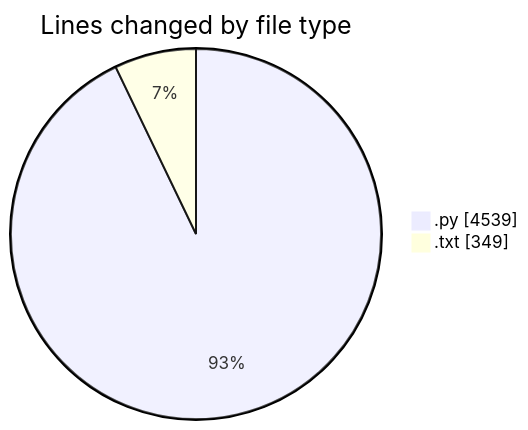
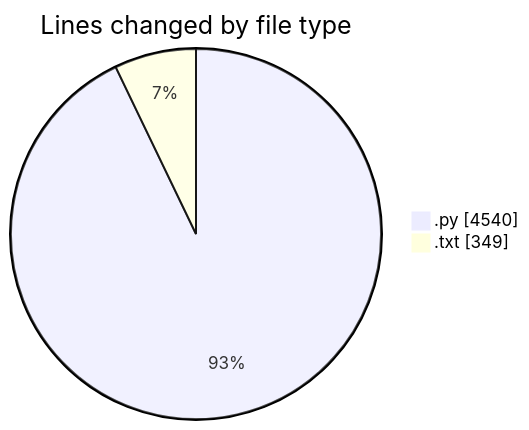
The first of 2 diagrams in 2025-05-26/zip_file/README.md (Ritupan-Deka/code-tracking), drawn with Mermaid before and after one commit. The commit also changed other lines of this file and 1 other file, not shown here.

````diff
--- a/2025-05-26/zip_file/README.md
+++ b/2025-05-26/zip_file/README.md
@@ -35,6 +35,6 @@
 ```mermaid
 pie showData
 title Lines changed by file type
-".py" : 4539
+".py" : 4540
 ".txt" : 349
 ```
````
